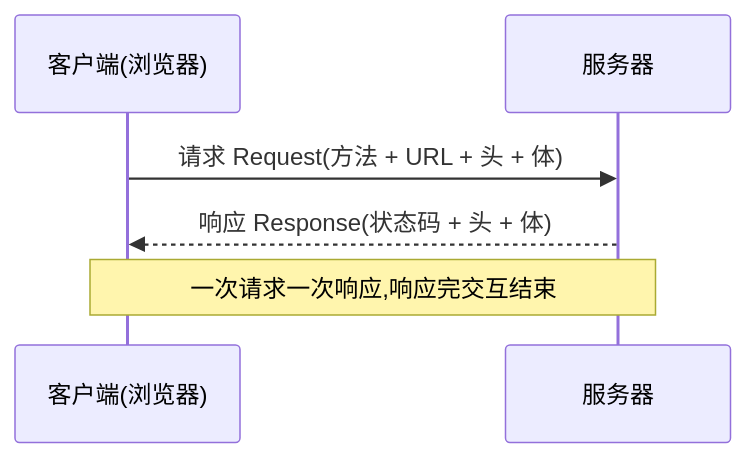
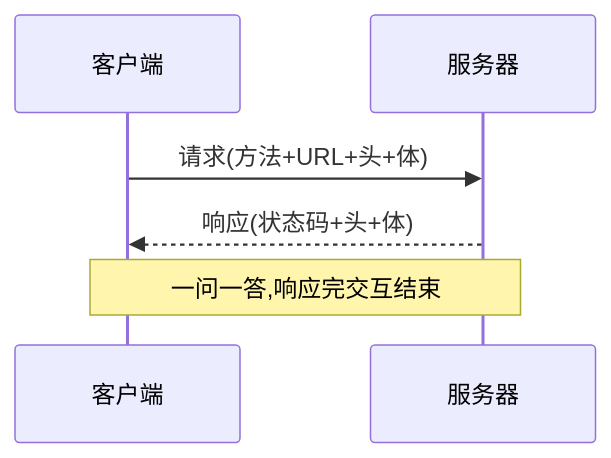
One commit to inspire-man/frontend-knowledge-base changed the diagram in frontend-knowledge-base/卷四-网络与通信/4.2-HTTP报文与协议.md. Above: the diagram before and after it, drawn with Mermaid. The commit also changed other lines of this file and 2 other files, not shown here.

````diff
--- a/frontend-knowledge-base/卷四-网络与通信/4.2-HTTP报文与协议.md
+++ b/frontend-knowledge-base/卷四-网络与通信/4.2-HTTP报文与协议.md
@@ -16,8 +16,8 @@
 ```mermaid
 sequenceDiagram
-    participant C as 客户端(浏览器)
+    participant C as 客户端
     participant S as 服务器
-    C->>S: 请求 Request(方法 + URL + 头 + 体)
-    S-->>C: 响应 Response(状态码 + 头 + 体)
-    Note over C,S: 一次请求一次响应,响应完交互结束
+    C->>S: 请求(方法+URL+头+体)
+    S-->>C: 响应(状态码+头+体)
+    Note over C,S: 一问一答,响应完交互结束
 ```
````
